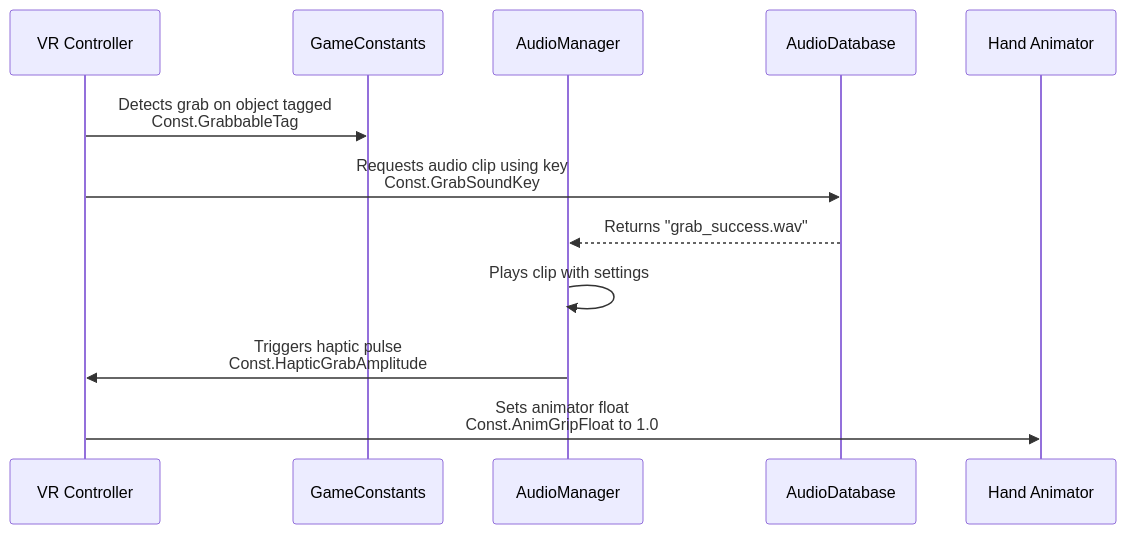
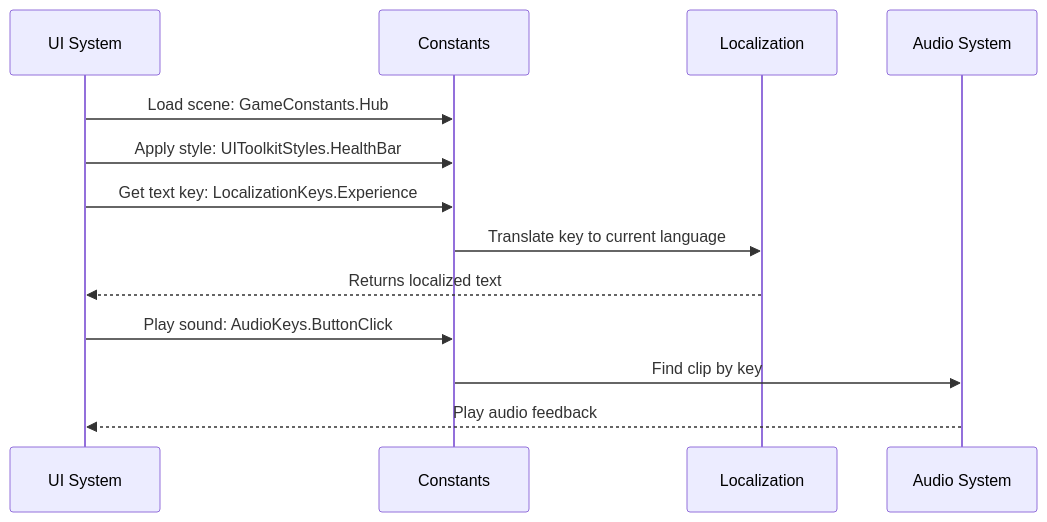
One commit to SBUplakankus/monsta-choppa-vr changed the third of 3 diagrams in Docs/Constants.md. Above: the diagram before and after it, drawn with Mermaid. The commit also changed other lines of this file and 49 other files, not shown here.

````diff
--- a/Docs/Constants.md
+++ b/Docs/Constants.md
@@ -96,15 +113,16 @@
 ```mermaid
 sequenceDiagram
-    participant Controller as VR Controller
-    participant Const as GameConstants
-    participant Audio as AudioManager
-    participant DB as AudioDatabase
-    participant Anim as Hand Animator
+    participant UI as UI System
+    participant Const as Constants
+    participant Loc as Localization
+    participant Audio as Audio System
 
-    Controller->>Const: Detects grab on object tagged<br/>Const.GrabbableTag
-    Controller->>DB: Requests audio clip using key<br/>Const.GrabSoundKey
-    DB-->>Audio: Returns "grab_success.wav"
-    Audio->>Audio: Plays clip with settings
-    Audio->>Controller: Triggers haptic pulse<br/>Const.HapticGrabAmplitude
-    Controller->>Anim: Sets animator float<br/>Const.AnimGripFloat to 1.0
+    UI->>Const: Load scene: GameConstants.Hub
+    UI->>Const: Apply style: UIToolkitStyles.HealthBar
+    UI->>Const: Get text key: LocalizationKeys.Experience
+    Const->>Loc: Translate key to current language
+    Loc-->>UI: Returns localized text
+    UI->>Const: Play sound: AudioKeys.ButtonClick
+    Const->>Audio: Find clip by key
+    Audio-->>UI: Play audio feedback
 ```
````
